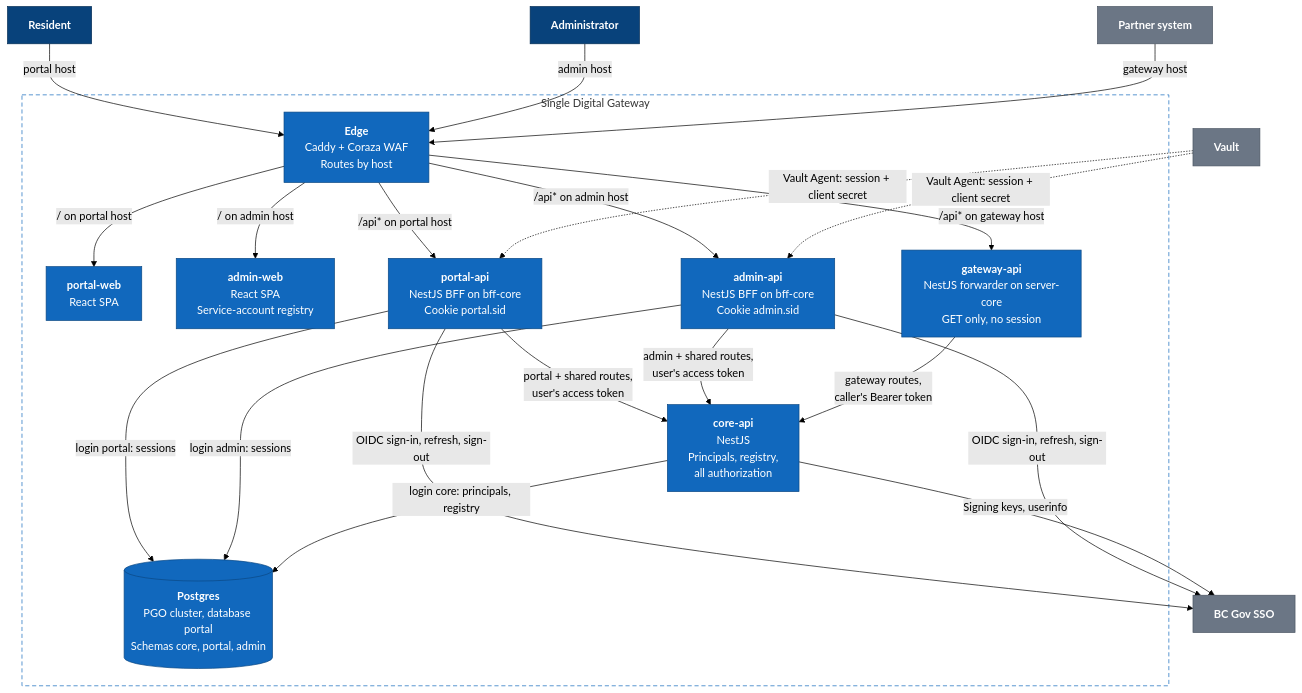
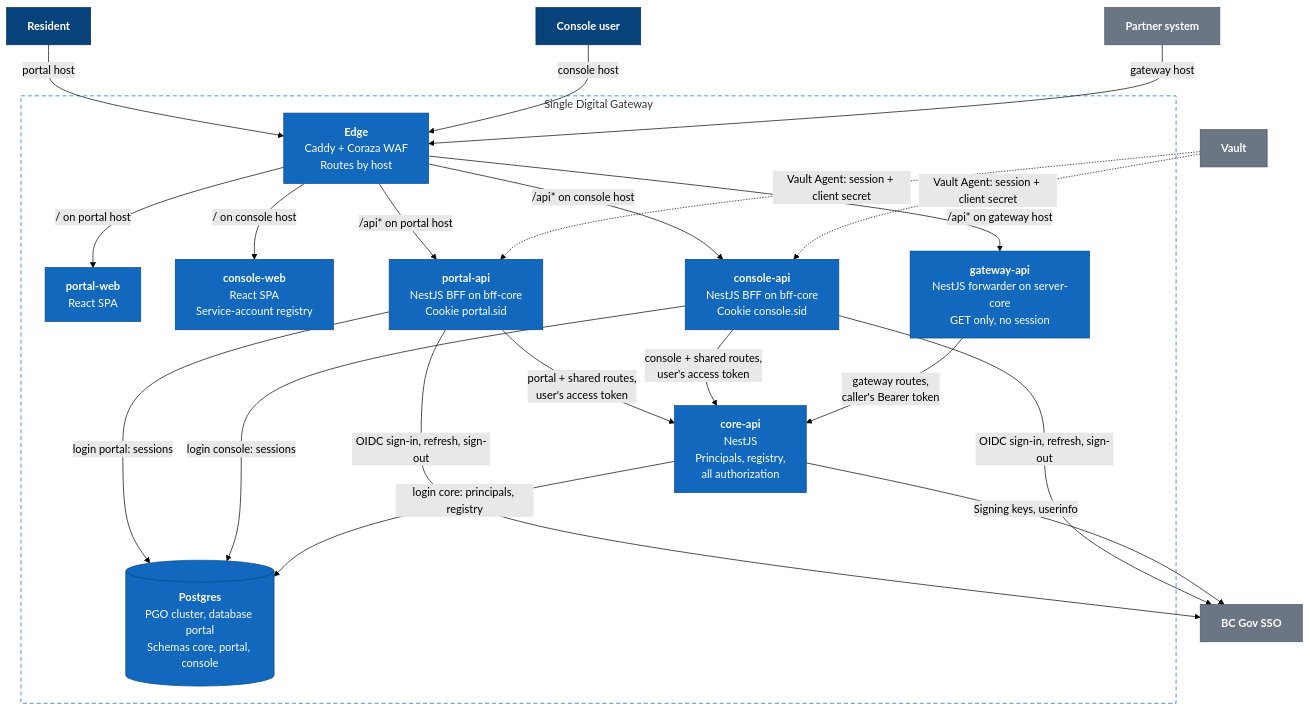
One commit to bcgov/sdg changed the second of 5 diagrams in docs/architecture.md. Above: the diagram before and after it, drawn with Mermaid (forest theme). The commit also changed other lines of this file and 294 other files, not shown here.

First line of the commit message:
refactor: rename the admin app to the console

````diff
--- a/docs/architecture.md
+++ b/docs/architecture.md
@@ -44,49 +44,49 @@
 ```mermaid
 flowchart TB
   resident["<b>Resident</b>"]:::person
-  admin["<b>Administrator</b>"]:::person
+  console["<b>Console user</b>"]:::person
   partner["<b>Partner system</b>"]:::ext
 
   subgraph SDG["Single Digital Gateway"]
     edge["<b>Edge</b><br/>Caddy + Coraza WAF<br/>Routes by host"]:::internal
     portalweb["<b>portal-web</b><br/>React SPA"]:::internal
-    adminweb["<b>admin-web</b><br/>React SPA<br/>Service-account registry"]:::internal
+    consoleweb["<b>console-web</b><br/>React SPA<br/>Service-account registry"]:::internal
     portalapi["<b>portal-api</b><br/>NestJS BFF on bff-core<br/>Cookie portal.sid"]:::internal
-    adminapi["<b>admin-api</b><br/>NestJS BFF on bff-core<br/>Cookie admin.sid"]:::internal
+    consoleapi["<b>console-api</b><br/>NestJS BFF on bff-core<br/>Cookie console.sid"]:::internal
     gatewayapi["<b>gateway-api</b><br/>NestJS forwarder on server-core<br/>GET only, no session"]:::internal
     coreapi["<b>core-api</b><br/>NestJS<br/>Principals, registry,<br/>all authorization"]:::internal
-    db[("<b>Postgres</b><br/>PGO cluster, database portal<br/>Schemas core, portal, admin")]:::internal
+    db[("<b>Postgres</b><br/>PGO cluster, database portal<br/>Schemas core, portal, console")]:::internal
   end
 
   sso["<b>BC Gov SSO</b>"]:::ext
   vault["<b>Vault</b>"]:::ext
 
   resident -->|"portal host"| edge
-  admin -->|"admin host"| edge
+  console -->|"console host"| edge
   partner -->|"gateway host"| edge
 
   edge -->|"/ on portal host"| portalweb
   edge -->|"/api* on portal host"| portalapi
-  edge -->|"/ on admin host"| adminweb
-  edge -->|"/api* on admin host"| adminapi
+  edge -->|"/ on console host"| consoleweb
+  edge -->|"/api* on console host"| consoleapi
   edge -->|"/api* on gateway host"| gatewayapi
 
   portalapi -->|"portal + shared routes,<br/>user's access token"| coreapi
-  adminapi -->|"admin + shared routes,<br/>user's access token"| coreapi
+  consoleapi -->|"console + shared routes,<br/>user's access token"| coreapi
   gatewayapi -->|"gateway routes,<br/>caller's Bearer token"| coreapi
 
   portalapi -->|"login portal: sessions"| db
-  adminapi -->|"login admin: sessions"| db
+  consoleapi -->|"login console: sessions"| db
   coreapi -->|"login core: principals, registry"| db
 
   portalapi -->|"OIDC sign-in, refresh, sign-out"| sso
-  adminapi -->|"OIDC sign-in, refresh, sign-out"| sso
+  consoleapi -->|"OIDC sign-in, refresh, sign-out"| sso
   coreapi -->|"Signing keys, userinfo"| sso
   vault -.->|"Vault Agent: session + client secret"| portalapi
-  vault -.->|"Vault Agent: session + client secret"| adminapi
+  vault -.->|"Vault Agent: session + client secret"| consoleapi
 
   classDef person fill:#08427b,stroke:#052e56,color:#ffffff
   classDef internal fill:#1168bd,stroke:#0b4884,color:#ffffff
   classDef ext fill:#6b7685,stroke:#4b5563,color:#ffffff
   style SDG fill:none,stroke:#1168bd,stroke-dasharray:6 4
 ```
````
